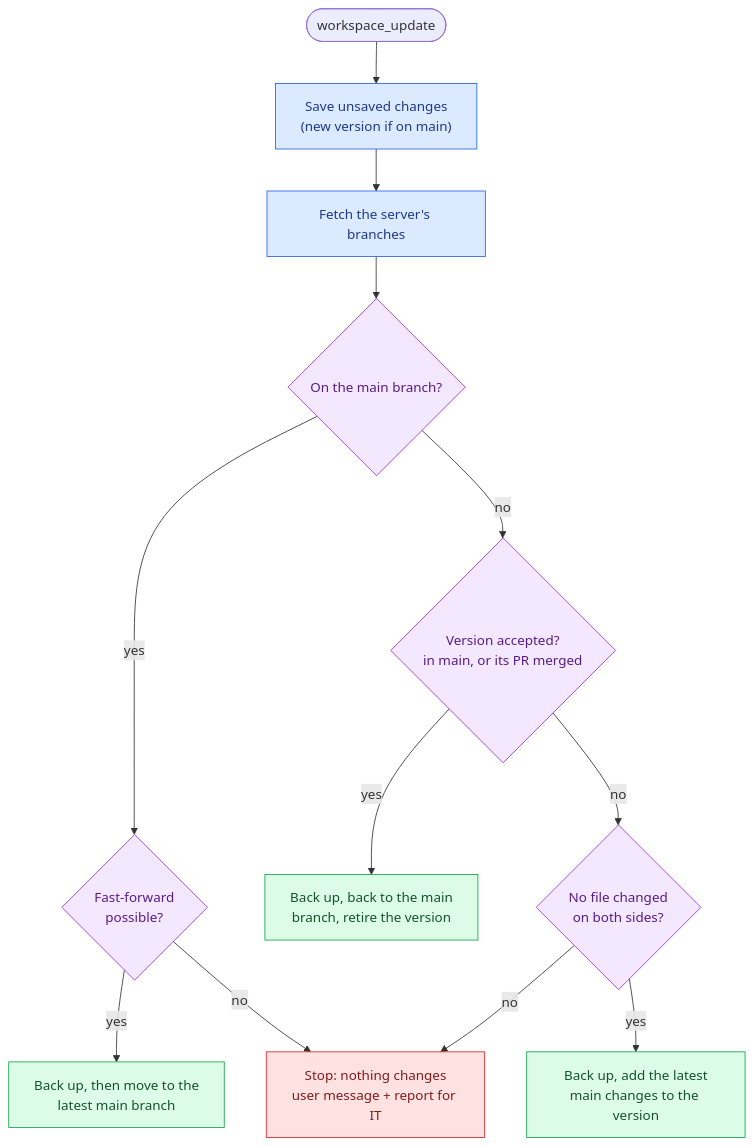
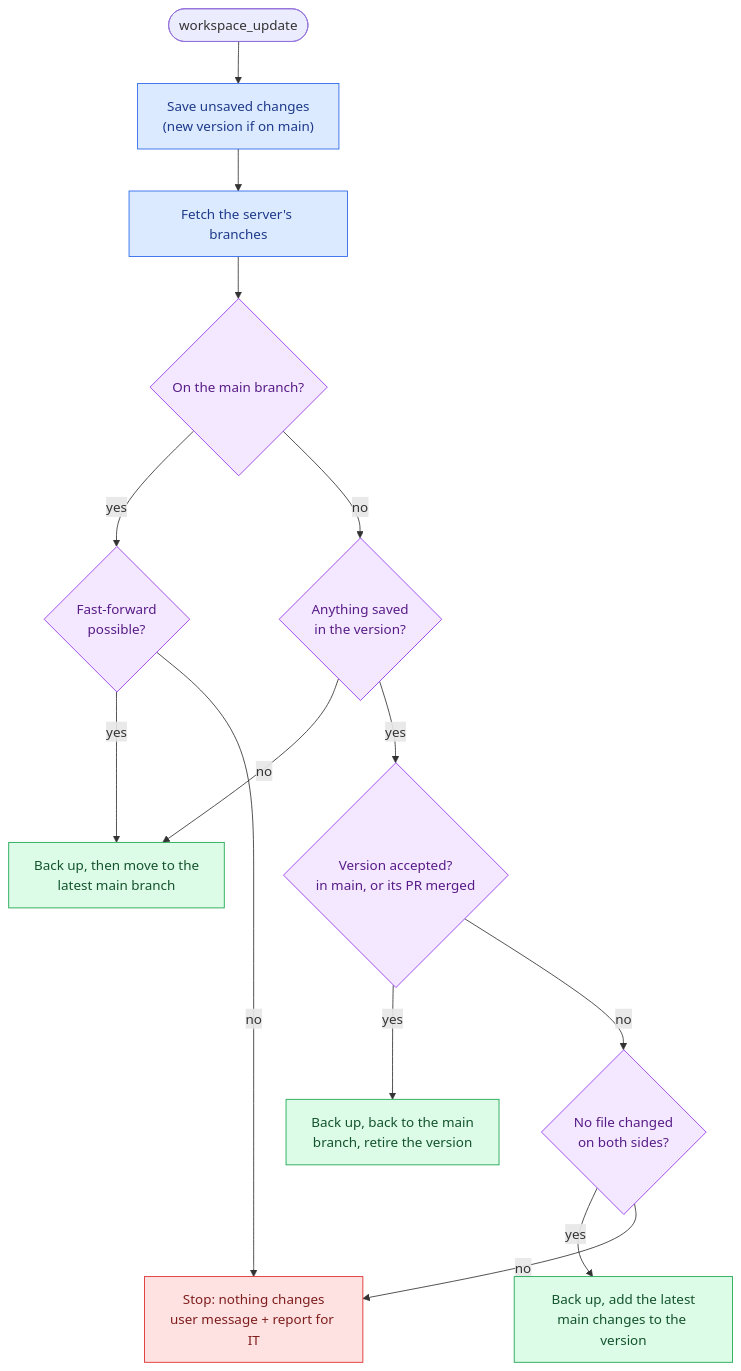
The third of 4 diagrams in docs/architecture.md (grojof/eunomai-business), drawn with Mermaid before and after one commit. The commit also changed other lines of this file and 19 other files, not shown here.

````diff
--- a/docs/architecture.md
+++ b/docs/architecture.md
@@ -90,23 +90,25 @@
 ```mermaid
 flowchart TD
     start([workspace_update]) --> keep["Save unsaved changes<br/>(new version if on main)"]
     keep --> fetch["Fetch the server's branches"]
     fetch --> where{"On the main branch?"}
     where -- yes --> ff{"Fast-forward<br/>possible?"}
     ff -- yes --> moved["Back up, then move to the<br/>latest main branch"]
     ff -- no --> stop
-    where -- no --> accepted{"Version accepted?<br/>in main, or its PR merged"}
+    where -- no --> saved{"Anything saved<br/>in the version?"}
+    saved -- no --> moved
+    saved -- yes --> accepted{"Version accepted?<br/>in main, or its PR merged"}
     accepted -- yes --> retire["Back up, back to the main<br/>branch, retire the version"]
     accepted -- no --> clean{"No file changed<br/>on both sides?"}
     clean -- yes --> combine["Back up, add the latest<br/>main changes to the version"]
     clean -- no --> stop["Stop: nothing changes<br/>user message + report for IT"]
 
     classDef action fill:#dbeafe,stroke:#2563eb,color:#1e3a8a
     classDef decision fill:#f3e8ff,stroke:#9333ea,color:#581c87
     classDef safeguard fill:#dcfce7,stroke:#16a34a,color:#14532d
     classDef halt fill:#fee2e2,stroke:#dc2626,color:#7f1d1d
     class keep,fetch action
-    class where,ff,accepted,clean decision
+    class where,saved,ff,accepted,clean decision
     class moved,retire,combine safeguard
     class stop halt
 ```
````
